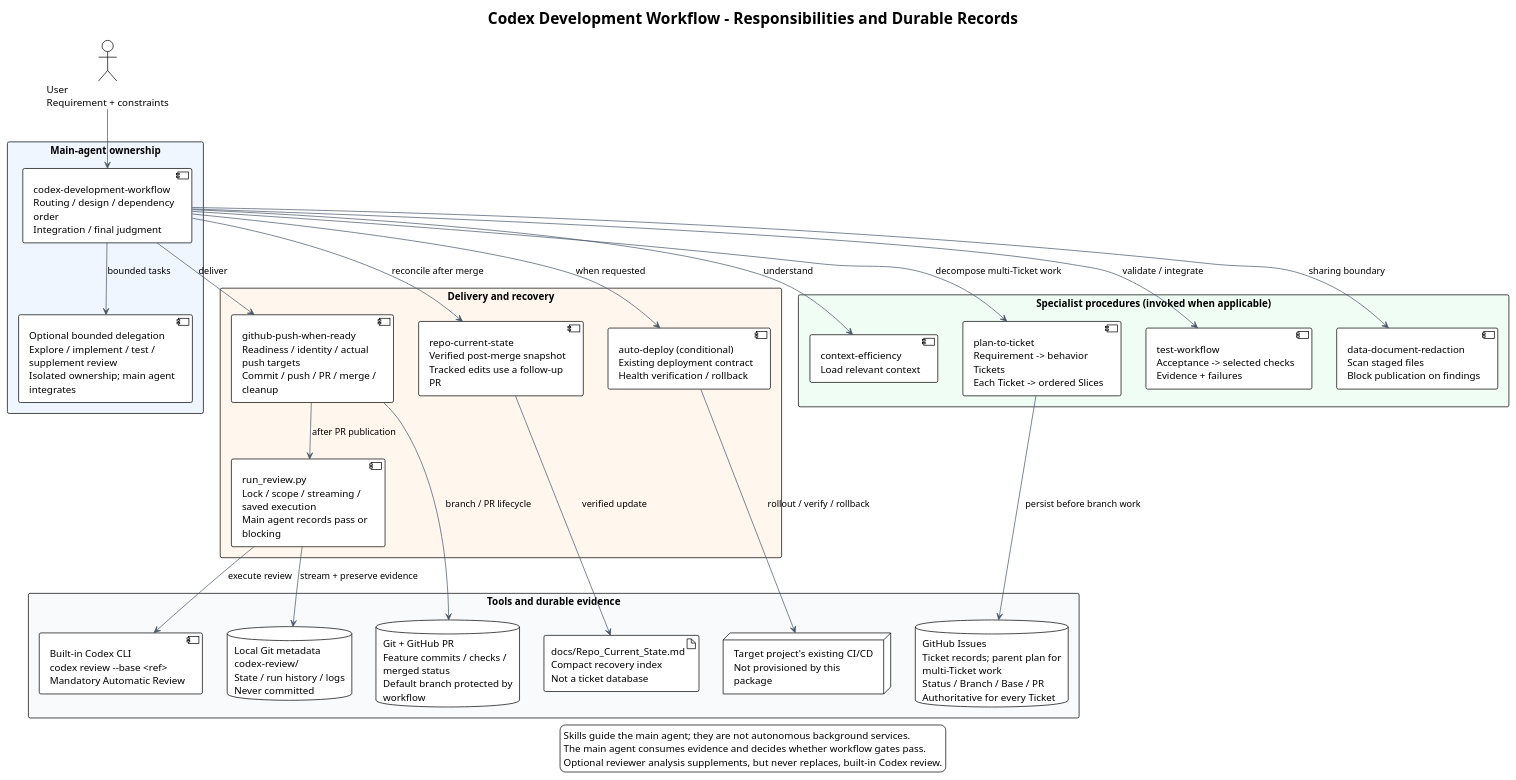
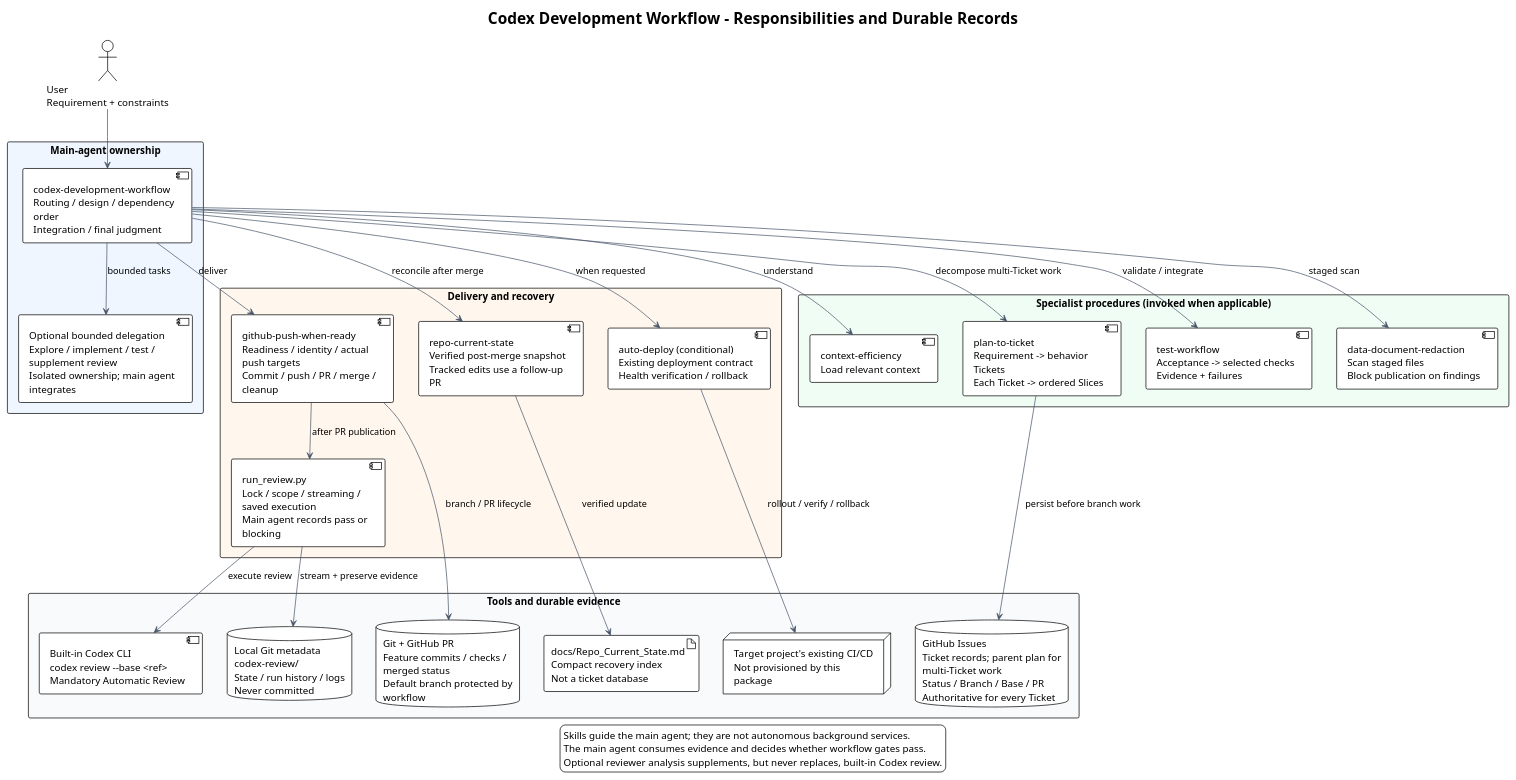
The diagram in docs/diagrams/components.puml (i-zrhe2016/codex-development-workflow), drawn with PlantUML before and after one commit. The commit also changed 3 other files, not shown here.

Commit message:
docs(redaction): align runtime skill and auto-deploy with the staged scan

```diff
--- a/docs/diagrams/components.puml
+++ b/docs/diagrams/components.puml
@@ -1,58 +1,58 @@
 @startuml
 !theme plain
 top to bottom direction
 skinparam defaultFontName Arial
 skinparam shadowing false
 skinparam packageStyle rectangle
 skinparam wrapWidth 210
 skinparam ArrowColor #475569
 title Codex Development Workflow - Responsibilities and Durable Records
 
 actor "User\nRequirement + constraints" as user
 package "Main-agent ownership" #EFF6FF {
   component "codex-development-workflow\nRouting / design / dependency order\nIntegration / final judgment" as main
   component "Optional bounded delegation\nExplore / implement / test / supplement review\nIsolated ownership; main agent integrates" as delegates
 }
 package "Specialist procedures (invoked when applicable)" #F0FDF4 {
   component "context-efficiency\nLoad relevant context" as context
   component "plan-to-ticket\nRequirement -> behavior Tickets\nEach Ticket -> ordered Slices" as plan
   component "test-workflow\nAcceptance -> selected checks\nEvidence + failures" as tests
   component "data-document-redaction\nScan staged files\nBlock publication on findings" as redact
 }
 package "Delivery and recovery" #FFF7ED {
   component "github-push-when-ready\nReadiness / identity / actual push targets\nCommit / push / PR / merge / cleanup" as publish
   component "run_review.py\nLock / scope / streaming / saved execution\nMain agent records pass or blocking" as runner
   component "repo-current-state\nVerified post-merge snapshot\nTracked edits use a follow-up PR" as state
   component "auto-deploy (conditional)\nExisting deployment contract\nHealth verification / rollback" as deploy
 }
 package "Tools and durable evidence" #F8FAFC {
   database "GitHub Issues\nTicket records; parent plan for\nmulti-Ticket work\nStatus / Branch / Base / PR\nAuthoritative for every Ticket" as issues
   database "Git + GitHub PR\nFeature commits / checks / merged status\nDefault branch protected by workflow" as github
   component "Built-in Codex CLI\ncodex review --base <ref>\nMandatory Automatic Review" as cli
   database "Local Git metadata\ncodex-review/\nState / run history / logs\nNever committed" as logs
   artifact "docs/Repo_Current_State.md\nCompact recovery index\nNot a ticket database" as snapshot
   node "Target project's existing CI/CD\nNot provisioned by this package" as cicd
 }
 
 user --> main
 main --> delegates : bounded tasks
 main --> context : understand
 main --> plan : decompose multi-Ticket work
 main --> tests : validate / integrate
-main --> redact : sharing boundary
+main --> redact : staged scan
 main --> publish : deliver
 main --> state : reconcile after merge
 main --> deploy : when requested
 plan --> issues : persist before branch work
 publish --> github : branch / PR lifecycle
 publish --> runner : after PR publication
 runner --> cli : execute review
 runner --> logs : stream + preserve evidence
 state --> snapshot : verified update
 deploy --> cicd : rollout / verify / rollback
 legend bottom
 Skills guide the main agent; they are not autonomous background services.
 The main agent consumes evidence and decides whether workflow gates pass.
 Optional reviewer analysis supplements, but never replaces, built-in Codex review.
 endlegend
 @enduml
```
